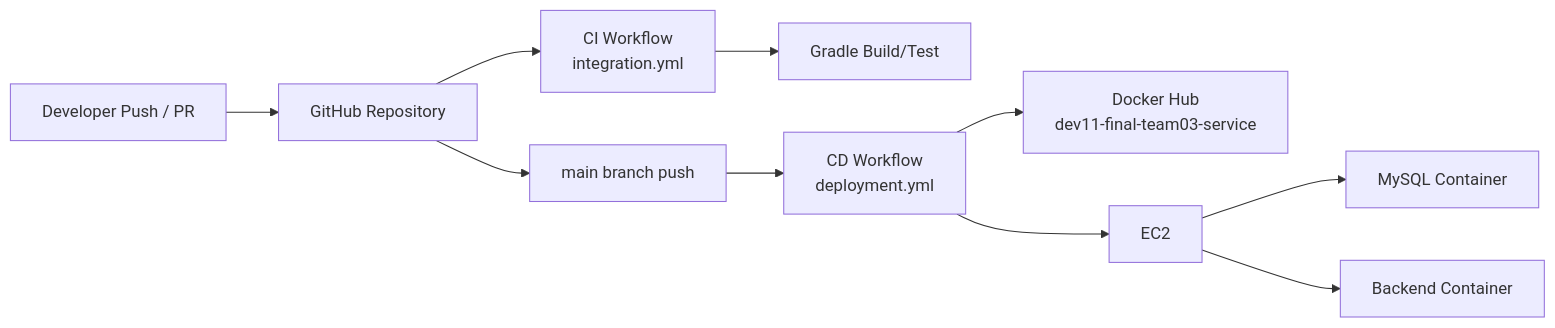
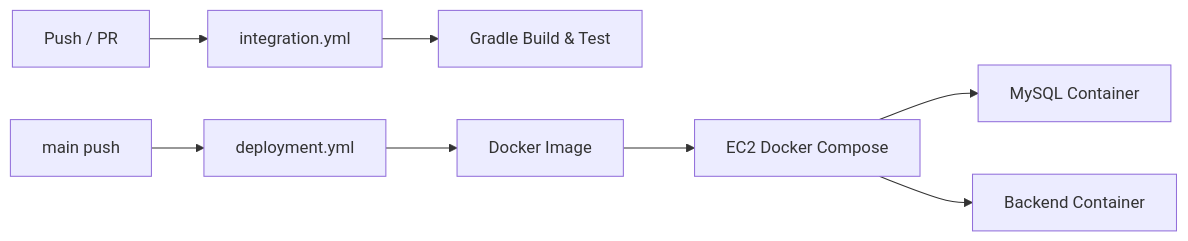
One commit to prgrms-be-devcourse/NBE9-11-final-Team03 changed the third of 3 diagrams in docs/final/architecture/system-architecture.md. Above: the diagram before and after it, drawn with Mermaid. The commit also changed other lines of this file and 20 other files, not shown here.

````diff
--- a/docs/final/architecture/system-architecture.md
+++ b/docs/final/architecture/system-architecture.md
@@ -189,23 +62,10 @@
 ```mermaid
 flowchart LR
-    Dev["Developer Push / PR"]
-    GitHub["GitHub Repository"]
-    CI["CI Workflow<br/>integration.yml"]
-    Test["Gradle Build/Test"]
-    Main["main branch push"]
-    CD["CD Workflow<br/>deployment.yml"]
-    DockerHub["Docker Hub<br/>dev11-final-team03-service"]
-    EC2["EC2"]
-    MySQL["MySQL Container"]
-    Backend["Backend Container"]
-
-    Dev --> GitHub
-    GitHub --> CI
-    CI --> Test
-    GitHub --> Main
-    Main --> CD
-    CD --> DockerHub
-    CD --> EC2
-    EC2 --> MySQL
-    EC2 --> Backend
+    Push["Push / PR"] --> CI["integration.yml"]
+    CI --> Test["Gradle Build & Test"]
+    Main["main push"] --> CD["deployment.yml"]
+    CD --> Image["Docker Image"]
+    Image --> EC2["EC2 Docker Compose"]
+    EC2 --> MySQL["MySQL Container"]
+    EC2 --> Backend["Backend Container"]
 ```
````
